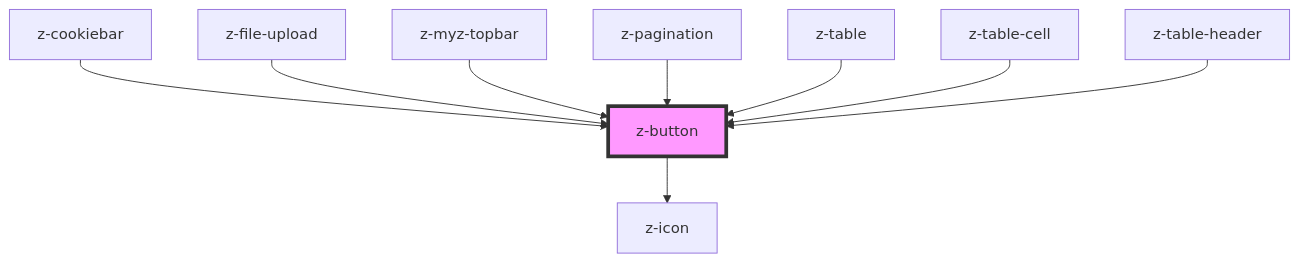
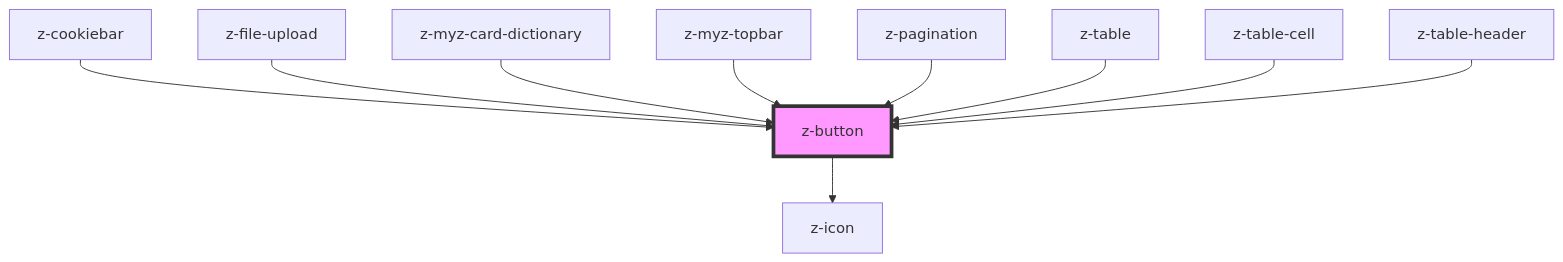
Before and after one commit to ZanichelliEditore/design-system: the diagram in src/components/buttons/z-button/readme.md, drawn with Mermaid. The commit also changed other lines of this file and 9 other files, not shown here.

Commit message:
chore: replace z-button on myz-card dictionary and info

````diff
--- a/src/components/buttons/z-button/readme.md
+++ b/src/components/buttons/z-button/readme.md
@@ -71,12 +72,13 @@
 ```mermaid
 graph TD;
   z-button --> z-icon
   z-cookiebar --> z-button
   z-file-upload --> z-button
+  z-myz-card-dictionary --> z-button
   z-myz-topbar --> z-button
   z-pagination --> z-button
   z-table --> z-button
   z-table-cell --> z-button
   z-table-header --> z-button
   style z-button fill:#f9f,stroke:#333,stroke-width:4px
 ```
````
